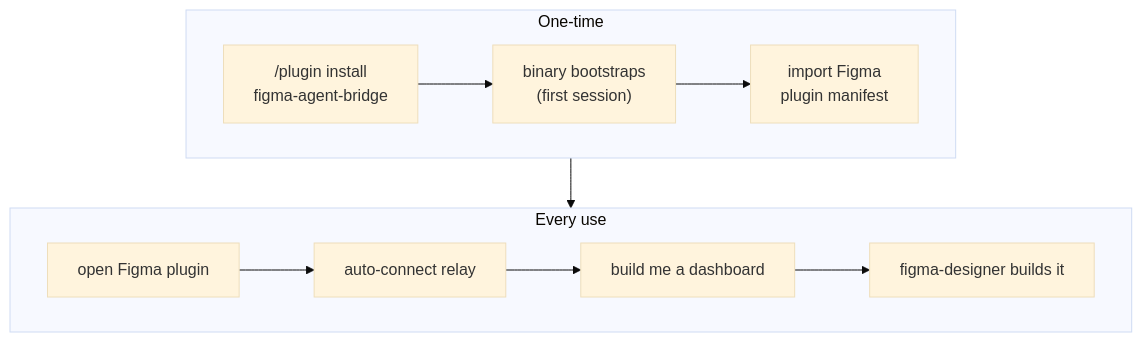
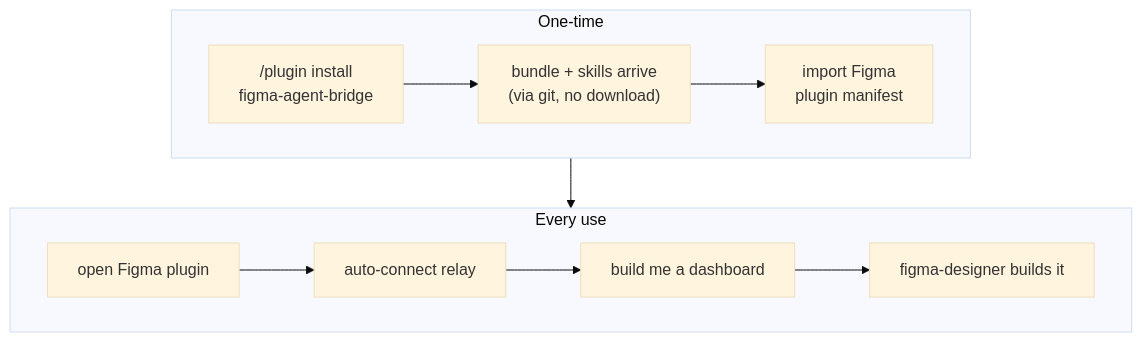
One commit to yleilu/figma-agent-bridge changed the diagram in docs/specs/claude-plugin.md. Above: the diagram before and after it, drawn with Mermaid (base theme). The commit also changed other lines of this file and 1 other file, not shown here.

First line of the commit message:
docs(spec): Claude Code ships a committed Bun bundle, not a binary download

````diff
--- a/docs/specs/claude-plugin.md
+++ b/docs/specs/claude-plugin.md
@@ -43,15 +47,15 @@
 ```mermaid
 flowchart TB
     subgraph Once["One-time"]
         direction LR
-        A["/plugin install<br/>figma-agent-bridge"] --> B["binary bootstraps<br/>(first session)"]
+        A["/plugin install<br/>figma-agent-bridge"] --> B["bundle + skills arrive<br/>(via git, no download)"]
         B --> C["import Figma<br/>plugin manifest"]
     end
     subgraph Every["Every use"]
         direction LR
         D["open Figma plugin"] --> E["auto-connect relay"]
         E --> F["build me a dashboard"]
         F --> G["figma-designer builds it"]
     end
     Once --> Every
 ```
````
